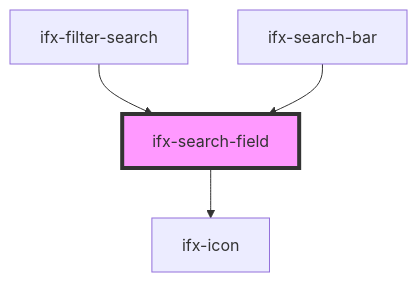
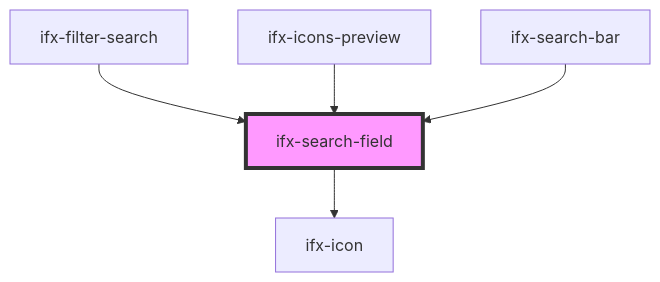
Before and after one commit to Infineon/infineon-design-system-stencil: the diagram in packages/components/src/components/search-field/readme.md, drawn with Mermaid. The commit also changed other lines of this file and 3 other files, not shown here.

Commit message:
adds search field for icon filtering

````diff
--- a/packages/components/src/components/search-field/readme.md
+++ b/packages/components/src/components/search-field/readme.md
@@ -40,7 +41,8 @@
 ```mermaid
 graph TD;
   ifx-search-field --> ifx-icon
   ifx-filter-search --> ifx-search-field
+  ifx-icons-preview --> ifx-search-field
   ifx-search-bar --> ifx-search-field
   style ifx-search-field fill:#f9f,stroke:#333,stroke-width:4px
 ```
````
